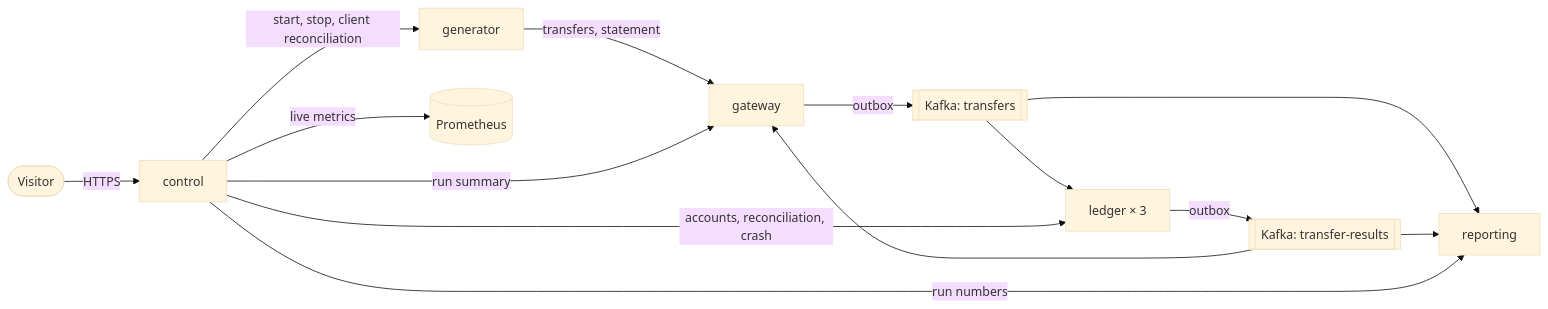
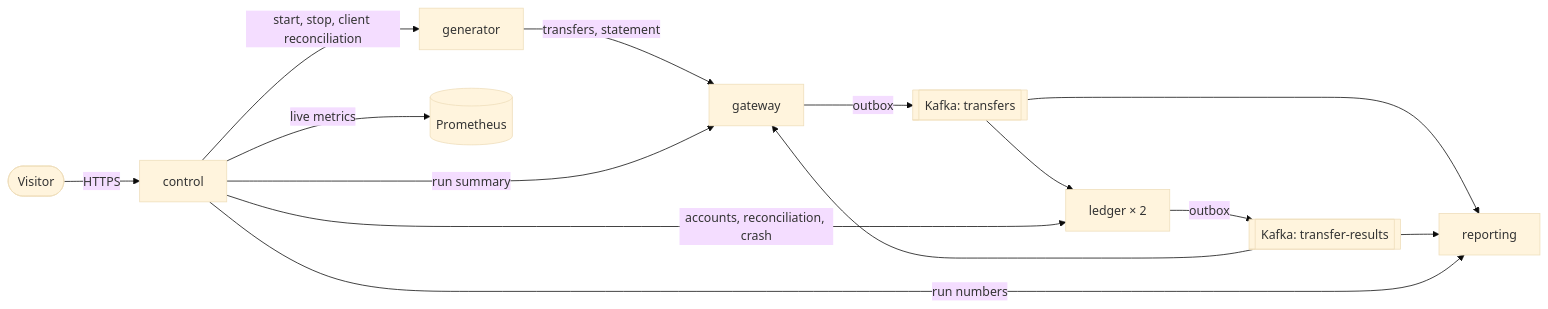
The diagram in README.md (obabaikin/ledger-lab), drawn with Mermaid (base theme) before and after one commit. The commit also changed other lines of this file, not shown here.

Commit message:
README: the diagram shows two ledger instances, the hour on the server says it ran three then, and the deployment note says the gateway is already replaced without downtime

````diff
--- a/README.md
+++ b/README.md
@@ -44,16 +44,16 @@
 ```mermaid
 flowchart LR
     visitor([Visitor]) -->|HTTPS| control
     control -->|start, stop, client reconciliation| generator
     generator -->|transfers, statement| gateway
     gateway -->|outbox| transfers[[Kafka: transfers]]
-    transfers --> ledger["ledger × 3"]
+    transfers --> ledger["ledger × 2"]
     ledger -->|outbox| results[[Kafka: transfer-results]]
     results --> gateway
     transfers --> reporting
     results --> reporting
     control -->|accounts, reconciliation, crash| ledger
     control -->|run summary| gateway
     control -->|run numbers| reporting
     control -->|live metrics| prometheus[(Prometheus)]
 ```
````
